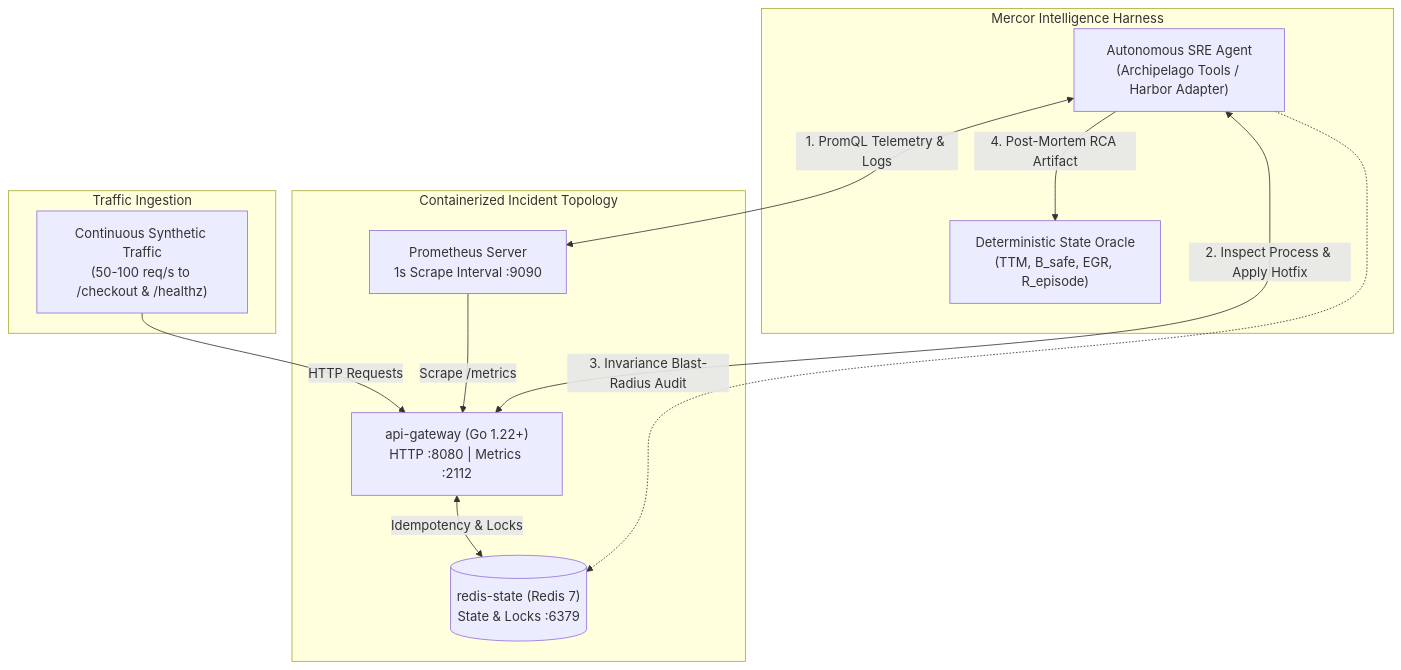
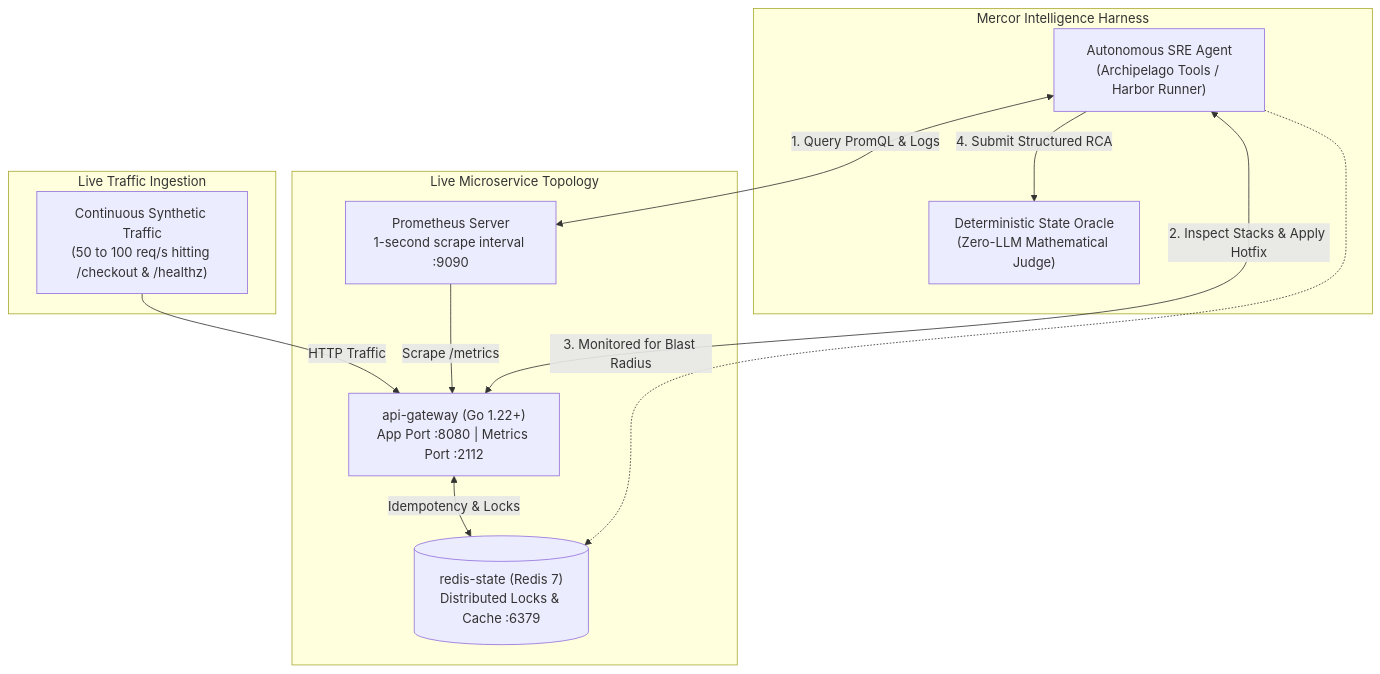
The diagram in README.md (imshubham22apr-gif/apex-sre-bench), drawn with Mermaid before and after one commit. The commit also changed other lines of this file, not shown here.

````diff
--- a/README.md
+++ b/README.md
@@ -19,26 +25,26 @@
 ```mermaid
 flowchart TD
-    subgraph Ingress ["Traffic Ingestion"]
-        traffic["Continuous Synthetic Traffic<br/>(50-100 req/s to /checkout & /healthz)"]
+    subgraph Ingress ["Live Traffic Ingestion"]
+        traffic["Continuous Synthetic Traffic<br/>(50 to 100 req/s hitting /checkout & /healthz)"]
     end
 
-    subgraph Cluster ["Containerized Incident Topology"]
-        gateway["api-gateway (Go 1.22+)<br/>HTTP :8080 | Metrics :2112"]
-        redis[("redis-state (Redis 7)<br/>State & Locks :6379")]
-        prom["Prometheus Server<br/>1s Scrape Interval :9090"]
+    subgraph Cluster ["Live Microservice Topology"]
+        gateway["api-gateway (Go 1.22+)<br/>App Port :8080 | Metrics Port :2112"]
+        redis[("redis-state (Redis 7)<br/>Distributed Locks & Cache :6379")]
+        prom["Prometheus Server<br/>1-second scrape interval :9090"]
     end
 
-    subgraph AgentHarness ["Mercor Intelligence Harness"]
-        agent["Autonomous SRE Agent<br/>(Archipelago Tools / Harbor Adapter)"]
-        oracle["Deterministic State Oracle<br/>(TTM, B_safe, EGR, R_episode)"]
+    subgraph Harness ["Mercor Intelligence Harness"]
+        agent["Autonomous SRE Agent<br/>(Archipelago Tools / Harbor Runner)"]
+        oracle["Deterministic State Oracle<br/>(Zero-LLM Mathematical Judge)"]
     end
 
-    traffic -->|"HTTP Requests"| gateway
+    traffic -->|"HTTP Traffic"| gateway
     gateway <-->|"Idempotency & Locks"| redis
     prom -->|"Scrape /metrics"| gateway
 
-    agent <-->|"1. PromQL Telemetry & Logs"| prom
-    agent <-->|"2. Inspect Process & Apply Hotfix"| gateway
-    agent -.->|"3. Invariance Blast-Radius Audit"| redis
-    agent -->|"4. Post-Mortem RCA Artifact"| oracle
+    agent <-->|"1. Query PromQL & Logs"| prom
+    agent <-->|"2. Inspect Stacks & Apply Hotfix"| gateway
+    agent -.->|"3. Monitored for Blast Radius"| redis
+    agent -->|"4. Submit Structured RCA"| oracle
 ```
````
